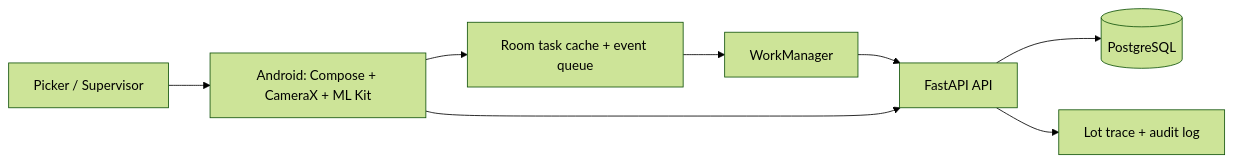
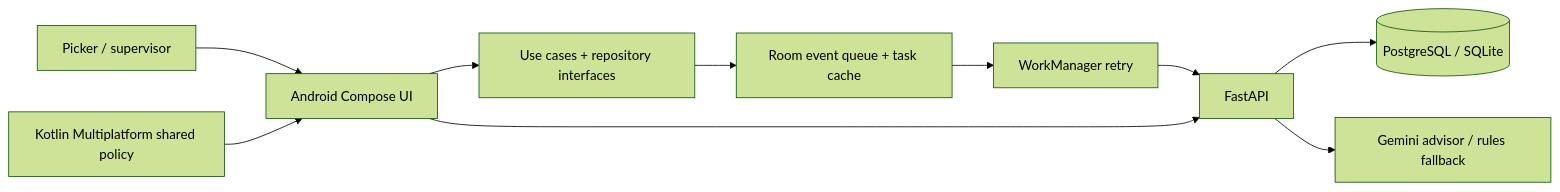
One commit to chaitanya-maddala-236/PickSure changed the diagram in README.md. Above: the diagram before and after it, drawn with Mermaid (forest theme). The commit also changed other lines of this file and 30 other files, not shown here.

Commit message:
Add tested AI freshness advisor and Android portfolio proof

````diff
--- a/README.md
+++ b/README.md
@@ -72,10 +61,12 @@
 ```mermaid
 flowchart LR
-    Picker[Picker / Supervisor] --> App[Android: Compose + CameraX + ML Kit]
-    App --> Cache[Room task cache + event queue]
-    Cache --> Worker[WorkManager]
-    Worker --> API[FastAPI API]
-    App --> API
-    API --> DB[(PostgreSQL)]
-    API --> Audit[Lot trace + audit log]
+    Picker[Picker / supervisor] --> Compose[Android Compose UI]
+    Compose --> Domain[Use cases + repository interfaces]
+    Domain --> Room[Room event queue + task cache]
+    Room --> Worker[WorkManager retry]
+    Worker --> API[FastAPI]
+    Compose --> API
+    API --> DB[(PostgreSQL / SQLite)]
+    API --> Advisor[Gemini advisor / rules fallback]
+    Shared[Kotlin Multiplatform shared policy] --> Compose
 ```
````
